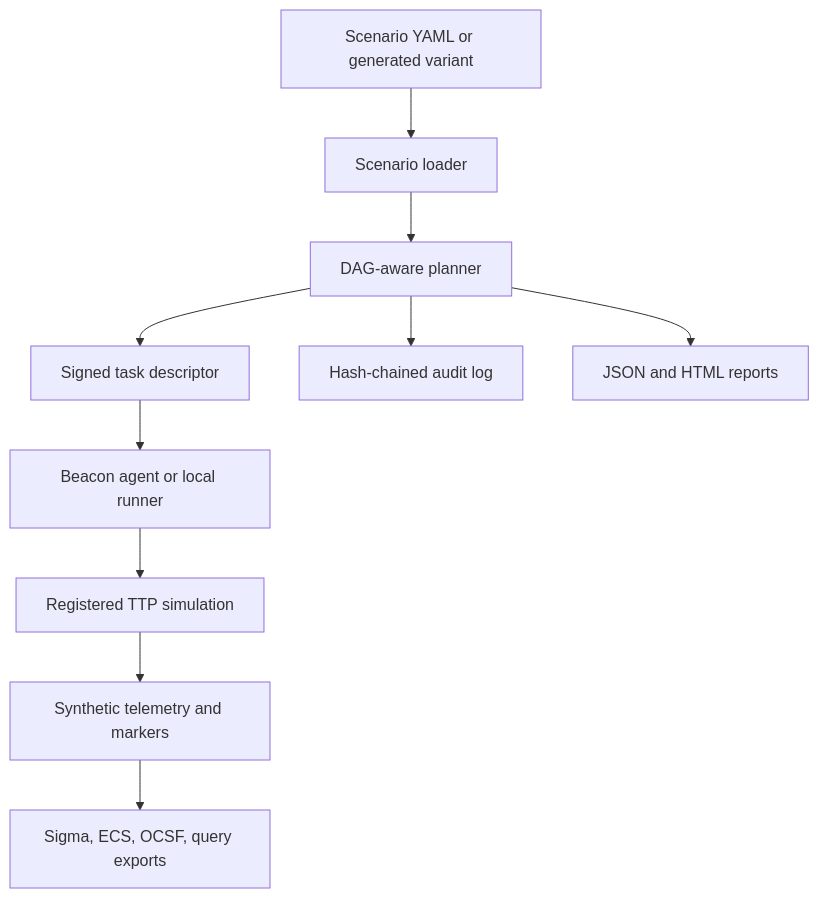
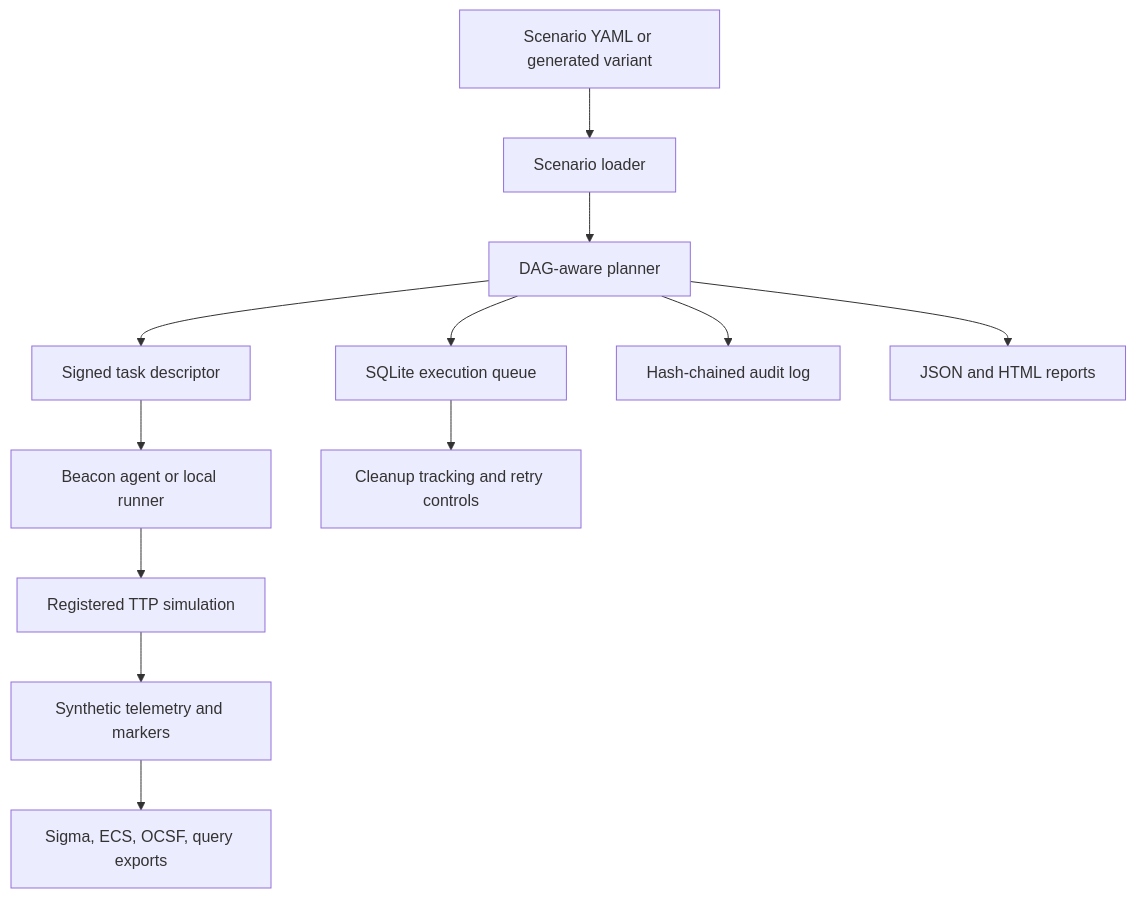
The second of 5 diagrams in README.md (omarbabba779xx/APT-Simulator), drawn with Mermaid before and after one commit. The commit also changed other lines of this file and 16 other files, not shown here.

````diff
--- a/README.md
+++ b/README.md
@@ -64,12 +73,14 @@
 ```mermaid
 flowchart TD
     Scenario["Scenario YAML or generated variant"] --> Loader["Scenario loader"]
     Loader --> Planner["DAG-aware planner"]
+    Planner --> Queue["SQLite execution queue"]
     Planner --> Signer["Signed task descriptor"]
     Signer --> Agent["Beacon agent or local runner"]
     Agent --> TTP["Registered TTP simulation"]
     TTP --> Telemetry["Synthetic telemetry and markers"]
     Telemetry --> Detection["Sigma, ECS, OCSF, query exports"]
     Planner --> Audit["Hash-chained audit log"]
+    Queue --> Cleanup["Cleanup tracking and retry controls"]
     Planner --> Reports["JSON and HTML reports"]
 ```
````
